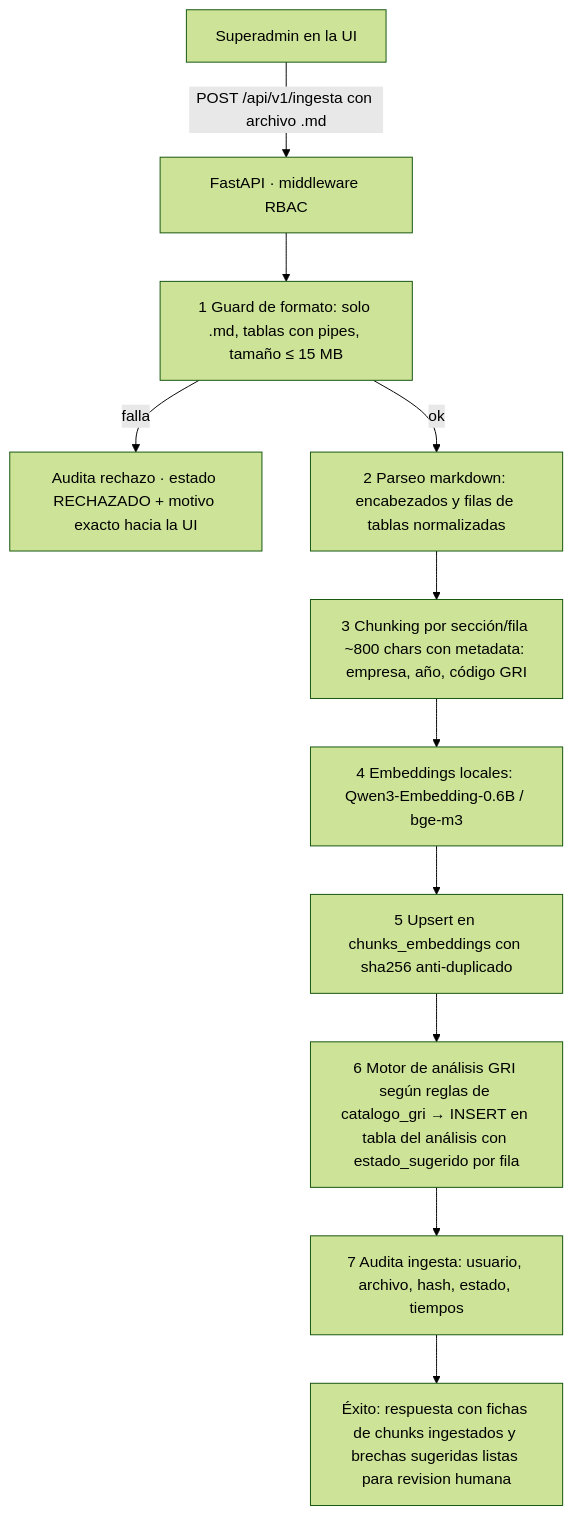
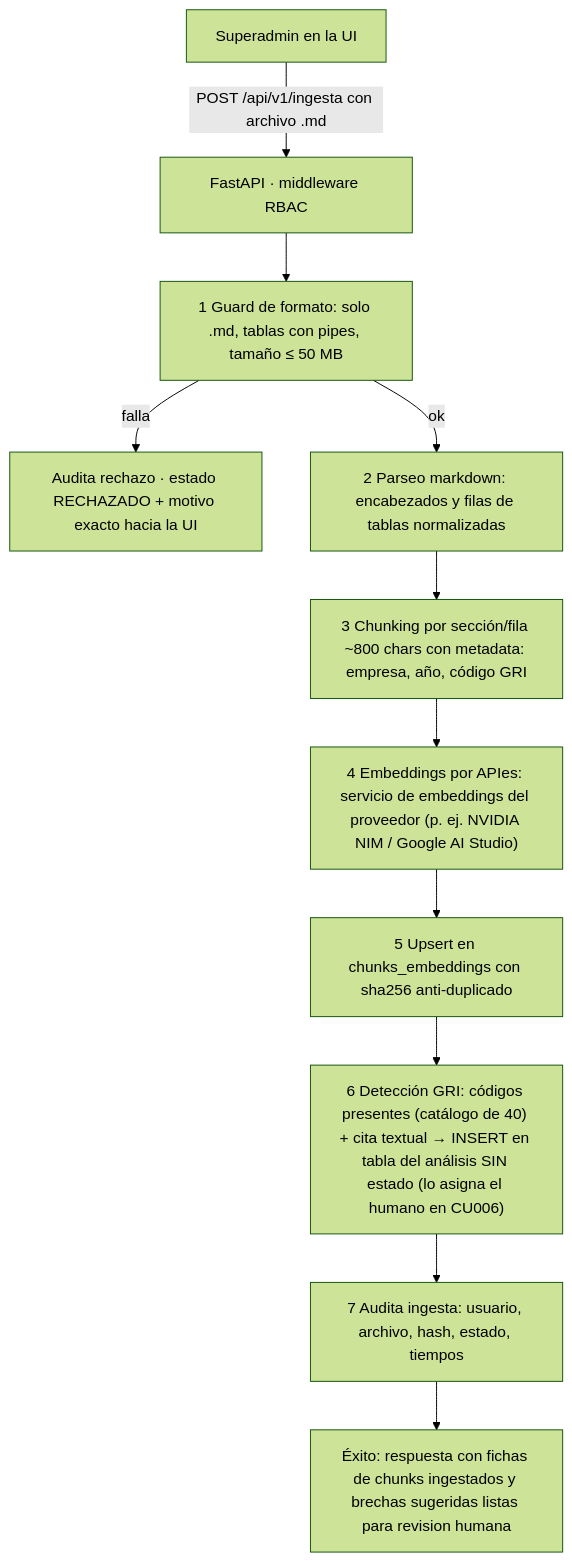
One commit to lFunkwnon01/igualab_md changed the second of 3 diagrams in FASE 1/01-Analisis-y-Diseno/03-Diagramas-de-Procesos-TO-BE.md. Above: the diagram before and after it, drawn with Mermaid (forest theme). The commit also changed other lines of this file and 17 other files, not shown here.

````diff
--- a/FASE 1/01-Analisis-y-Diseno/03-Diagramas-de-Procesos-TO-BE.md
+++ b/FASE 1/01-Analisis-y-Diseno/03-Diagramas-de-Procesos-TO-BE.md
@@ -32,13 +32,13 @@
 ```mermaid
 flowchart TD
     U["Superadmin en la UI"] -->|POST /api/v1/ingesta con archivo .md| API["FastAPI · middleware RBAC"]
-    API --> G1["1 Guard de formato: solo .md, tablas con pipes, tamaño ≤ 15 MB"]
+    API --> G1["1 Guard de formato: solo .md, tablas con pipes, tamaño ≤ 50 MB"]
     G1 -- falla --> X["Audita rechazo · estado RECHAZADO + motivo exacto hacia la UI"]
     G1 -- ok --> P1["2 Parseo markdown: encabezados y filas de tablas normalizadas"]
     P1 --> P2["3 Chunking por sección/fila ~800 chars con metadata: empresa, año, código GRI"]
-    P2 --> P3["4 Embeddings locales: Qwen3-Embedding-0.6B / bge-m3"]
+    P2 --> P3["4 Embeddings por APIes: servicio de embeddings del proveedor (p. ej. NVIDIA NIM / Google AI Studio)"]
     P3 --> P4["5 Upsert en chunks_embeddings con sha256 anti-duplicado"]
-    P4 --> ANA["6 Motor de análisis GRI según reglas de catalogo_gri → INSERT en tabla del análisis con estado_sugerido por fila"]
+    P4 --> ANA["6 Detección GRI: códigos presentes (catálogo de 40) + cita textual → INSERT en tabla del análisis SIN estado (lo asigna el humano en CU006)"]
     ANA --> AUD["7 Audita ingesta: usuario, archivo, hash, estado, tiempos"]
     AUD --> RESP["Éxito: respuesta con fichas de chunks ingestados y brechas sugeridas listas para revision humana"]
 ```
````
